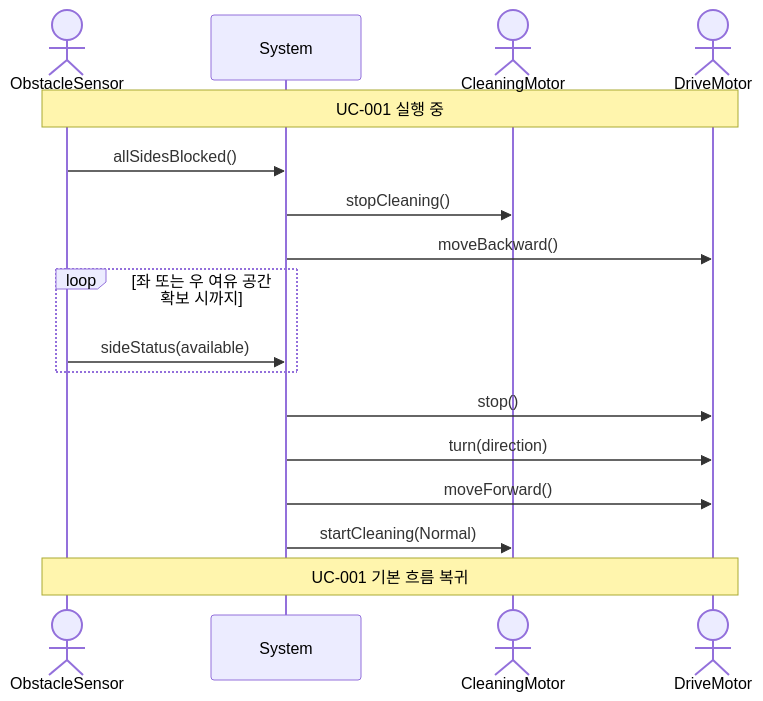
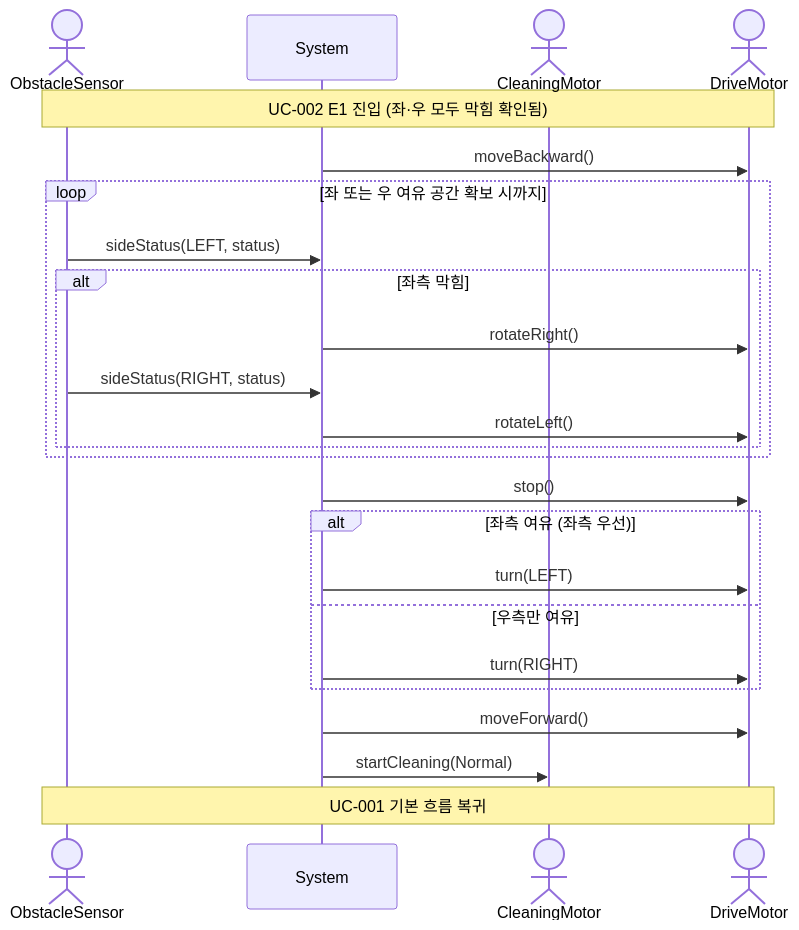
Before and after one commit to Jae-ah/RVC-CONTROLLER: the diagram in arch/analysis/ssd/SSD-003.md, drawn with Mermaid. The commit also changed other lines of this file and 32 other files, not shown here.

````diff
--- a/arch/analysis/ssd/SSD-003.md
+++ b/arch/analysis/ssd/SSD-003.md
@@ -8,24 +8,31 @@
 ```mermaid
 sequenceDiagram
     actor OS as ObstacleSensor
     participant SYS as System
     actor CM as CleaningMotor
     actor DM as DriveMotor
 
-    Note over OS,DM: UC-001 실행 중
+    Note over OS,DM: UC-002 E1 진입 (좌·우 모두 막힘 확인됨)
 
-    OS->>SYS: allSidesBlocked()
-    SYS->>CM: stopCleaning()
     SYS->>DM: moveBackward()
 
     loop 좌 또는 우 여유 공간 확보 시까지
-        OS->>SYS: sideStatus(available)
+        OS->>SYS: sideStatus(LEFT, status)
+        alt 좌측 막힘
+            SYS->>DM: rotateRight()
+            OS->>SYS: sideStatus(RIGHT, status)
+            SYS->>DM: rotateLeft()
+        end
     end
 
     SYS->>DM: stop()
-    SYS->>DM: turn(direction)
+    alt 좌측 여유 (좌측 우선)
+        SYS->>DM: turn(LEFT)
+    else 우측만 여유
+        SYS->>DM: turn(RIGHT)
+    end
     SYS->>DM: moveForward()
     SYS->>CM: startCleaning(Normal)
 
     Note over OS,DM: UC-001 기본 흐름 복귀
 ```
````
